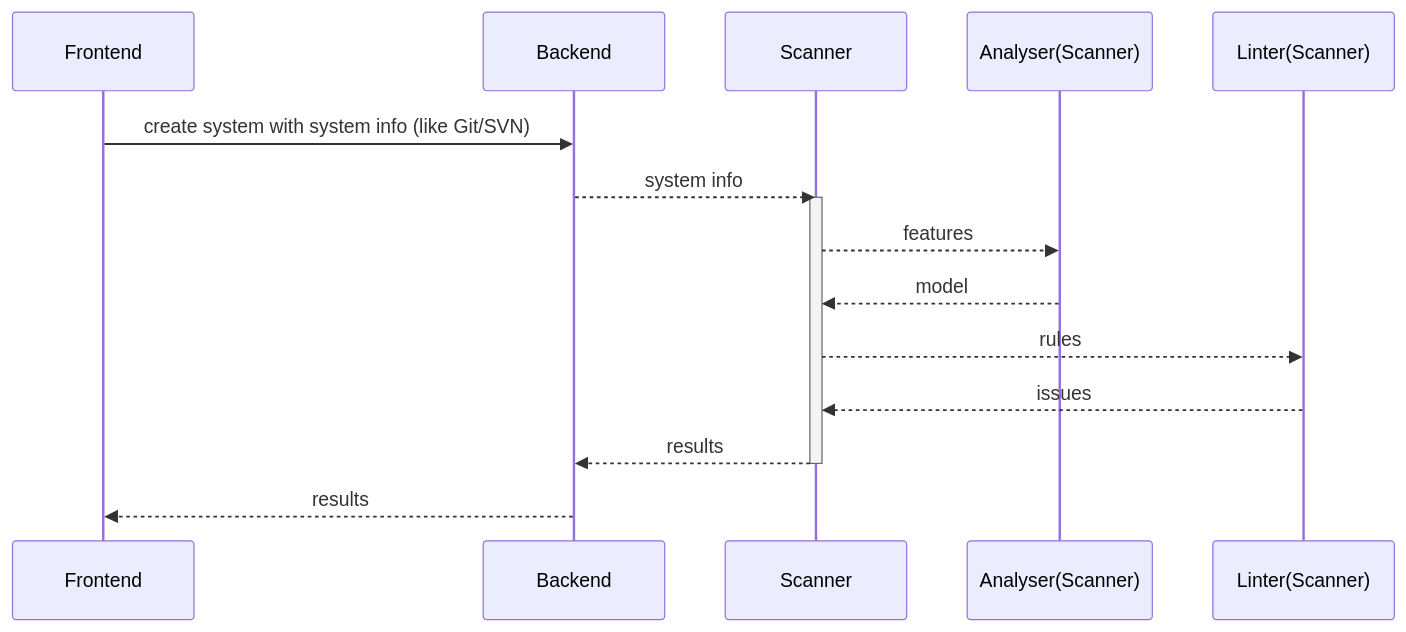
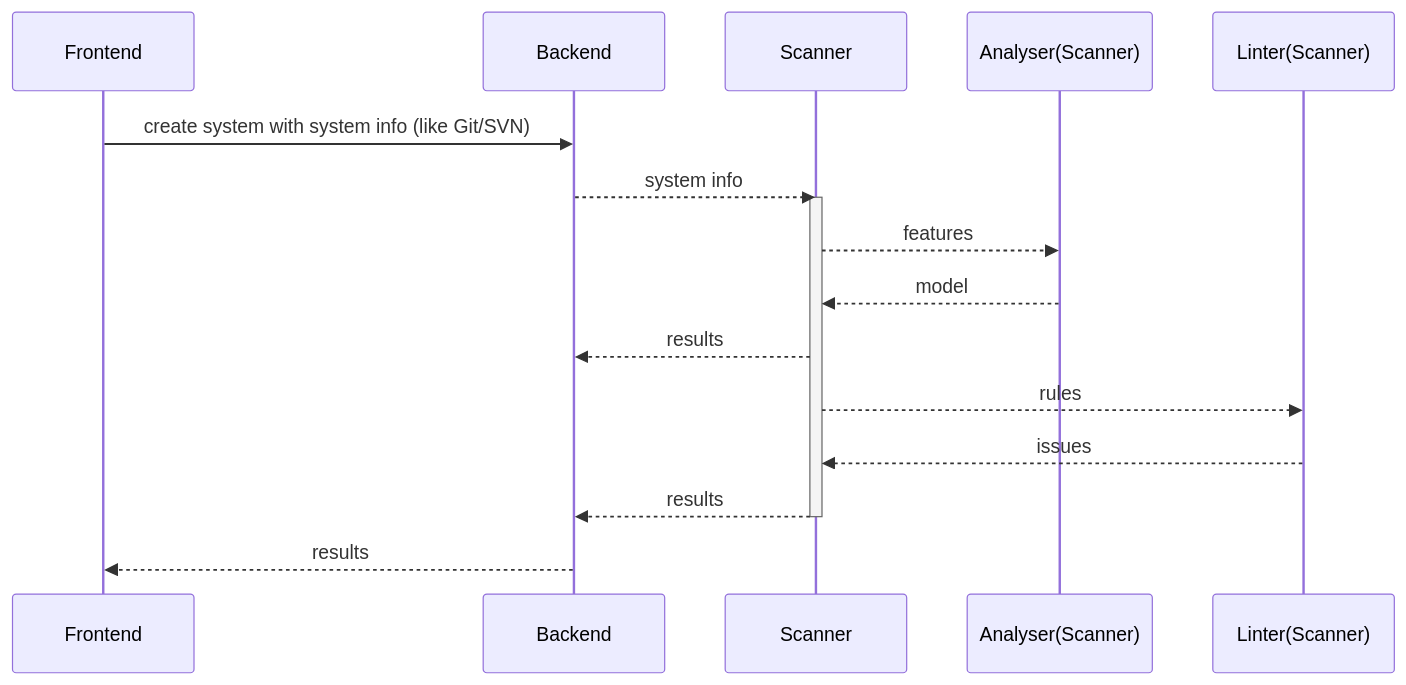
One commit to archguard/.github changed the diagram in profile/README.md. Above: the diagram before and after it, drawn with Mermaid.

````diff
--- a/profile/README.md
+++ b/profile/README.md
@@ -7,13 +7,19 @@
 ```mermaid
 sequenceDiagram
     Frontend->>Backend: create system with system info (like Git/SVN)
     Backend-->>Scanner: system info
+
     activate Scanner
+    
     Scanner-->>Analyser(Scanner): features
     Analyser(Scanner)-->>Scanner: model
+    Scanner-->>Backend: results
+
     Scanner-->>Linter(Scanner): rules
     Linter(Scanner)-->>Scanner: issues
     Scanner-->>Backend: results
+    
     deactivate Scanner
+
     Backend-->>Frontend: results
 ```
````
